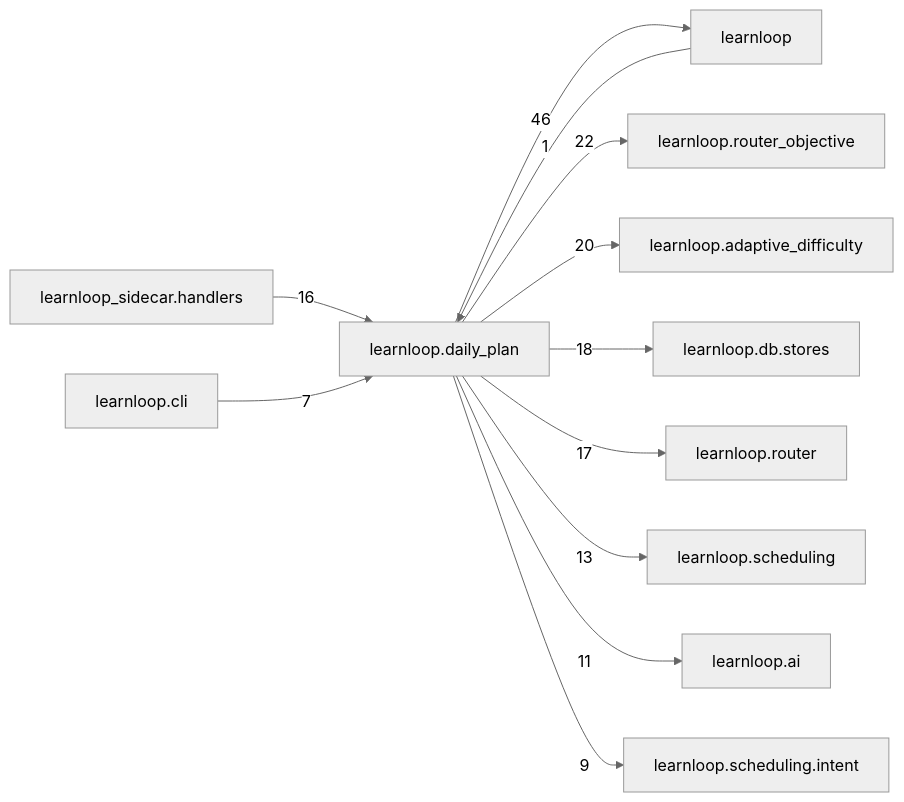
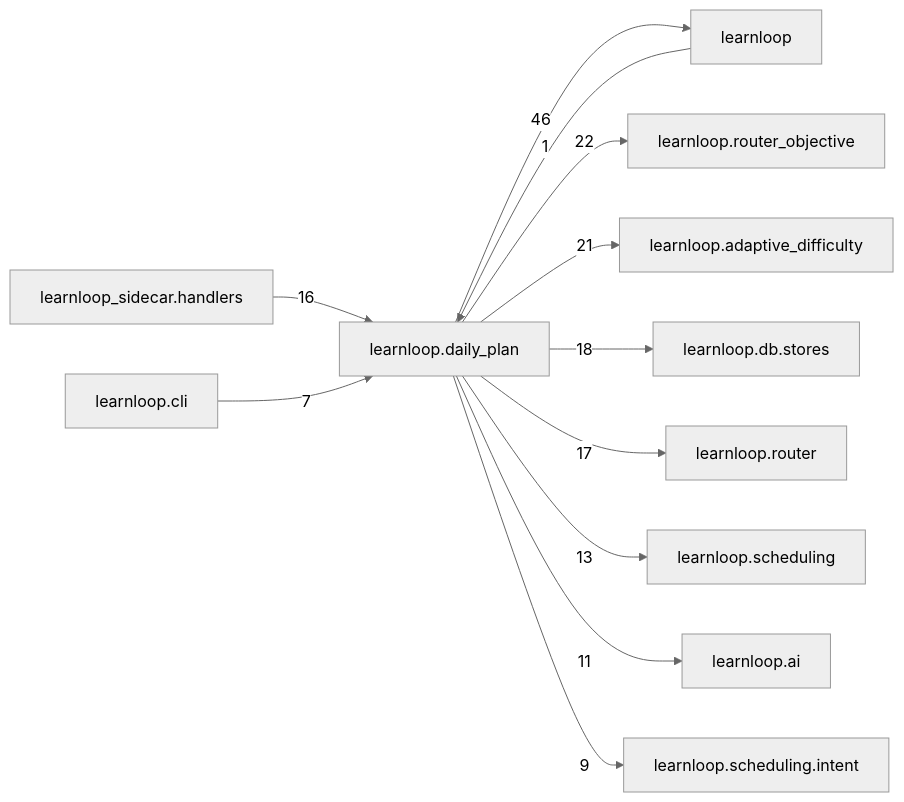
One commit to 6up-b/learnanything changed the diagram in docs/learnloop-architecture-vault/Reference/Modules/learnloop/daily_plan/_package.md. Above: the diagram before and after it, drawn with Mermaid (neutral theme). The commit also changed other lines of this file and 48 other files, not shown here.

````diff
--- a/docs/learnloop-architecture-vault/Reference/Modules/learnloop/daily_plan/_package.md
+++ b/docs/learnloop-architecture-vault/Reference/Modules/learnloop/daily_plan/_package.md
@@ -160,25 +160,25 @@
 ```mermaid
 flowchart LR
     center["learnloop.daily_plan"]
     n_learnloop["learnloop"]
     n_learnloop_router_objective["learnloop.router_objective"]
     n_learnloop_adaptive_difficulty["learnloop.adaptive_difficulty"]
     n_learnloop_db_stores["learnloop.db.stores"]
     n_learnloop_router["learnloop.router"]
     n_learnloop_sidecar_handlers["learnloop_sidecar.handlers"]
     n_learnloop_scheduling["learnloop.scheduling"]
     n_learnloop_ai["learnloop.ai"]
     n_learnloop_scheduling_intent["learnloop.scheduling.intent"]
     n_learnloop_cli["learnloop.cli"]
     n_learnloop -->|1| center
     center -->|46| n_learnloop
     center -->|22| n_learnloop_router_objective
-    center -->|20| n_learnloop_adaptive_difficulty
+    center -->|21| n_learnloop_adaptive_difficulty
     center -->|18| n_learnloop_db_stores
     center -->|17| n_learnloop_router
     n_learnloop_sidecar_handlers -->|16| center
     center -->|13| n_learnloop_scheduling
     center -->|11| n_learnloop_ai
     center -->|9| n_learnloop_scheduling_intent
     n_learnloop_cli -->|7| center
 ```
````
